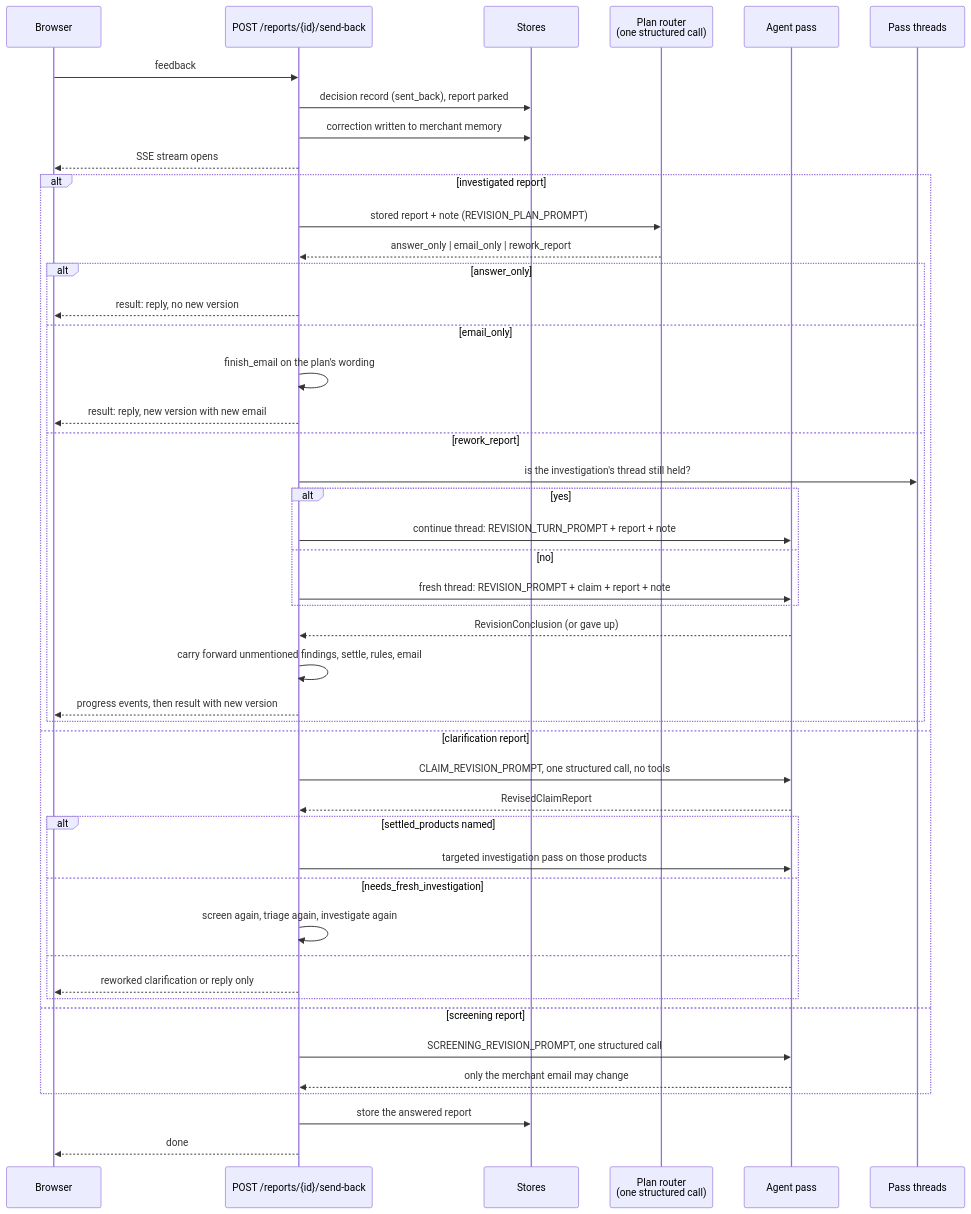
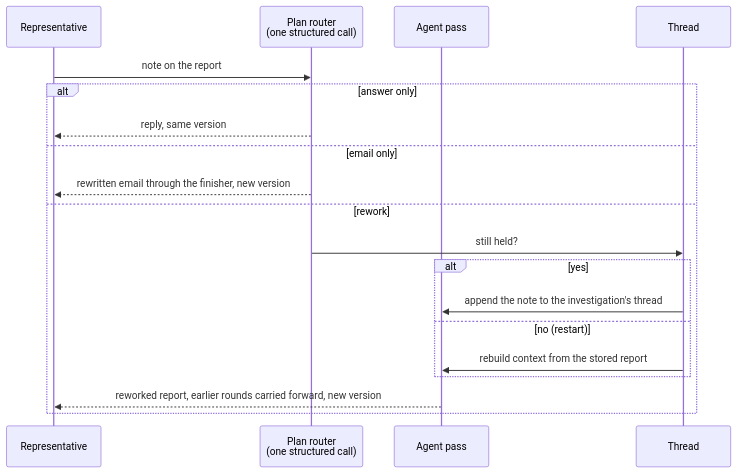
One commit to medsriha/claim-agent changed the third of 3 diagrams in ARCHITECTURE.md. Above: the diagram before and after it, drawn with Mermaid. The commit also changed other lines of this file, not shown here.

First line of the commit message:
Cut the architecture document to what a short meeting needs

````diff
--- a/ARCHITECTURE.md
+++ b/ARCHITECTURE.md
@@ -464,49 +134,21 @@
 ```mermaid
 sequenceDiagram
-    participant UI as Browser
-    participant API as POST /reports/{id}/send-back
-    participant ST as Stores
-    participant PLAN as Plan router<br/>(one structured call)
-    participant AG as Agent pass
-    participant TH as Pass threads
-
-    UI->>API: feedback
-    API->>ST: decision record (sent_back), report parked
-    API->>ST: correction written to merchant memory
-    API-->>UI: SSE stream opens
-    alt investigated report
-        API->>PLAN: stored report + note (REVISION_PLAN_PROMPT)
-        PLAN-->>API: answer_only | email_only | rework_report
-        alt answer_only
-            API-->>UI: result: reply, no new version
-        else email_only
-            API->>API: finish_email on the plan's wording
-            API-->>UI: result: reply, new version with new email
-        else rework_report
-            API->>TH: is the investigation's thread still held?
-            alt yes
-                API->>AG: continue thread: REVISION_TURN_PROMPT + report + note
-            else no
-                API->>AG: fresh thread: REVISION_PROMPT + claim + report + note
-            end
-            AG-->>API: RevisionConclusion (or gave up)
-            API->>API: carry forward unmentioned findings, settle, rules, email
-            API-->>UI: progress events, then result with new version
+    participant R as Representative
+    participant P as Plan router<br/>(one structured call)
+    participant A as Agent pass
+    participant T as Thread
+    R->>P: note on the report
+    alt answer only
+        P-->>R: reply, same version
+    else email only
+        P-->>R: rewritten email through the finisher, new version
+    else rework
+        P->>T: still held?
+        alt yes
+            T->>A: append the note to the investigation's thread
+        else no (restart)
+            T->>A: rebuild context from the stored report
         end
-    else clarification report
-        API->>AG: CLAIM_REVISION_PROMPT, one structured call, no tools
-        AG-->>API: RevisedClaimReport
-        alt settled_products named
-            API->>AG: targeted investigation pass on those products
-        else needs_fresh_investigation
-            API->>API: screen again, triage again, investigate again
-        else
-            API-->>UI: reworked clarification or reply only
-        end
-    else screening report
-        API->>AG: SCREENING_REVISION_PROMPT, one structured call
-        AG-->>API: only the merchant email may change
+        A-->>R: reworked report, earlier rounds carried forward, new version
     end
-    API->>ST: store the answered report
-    API-->>UI: done
 ```
````
